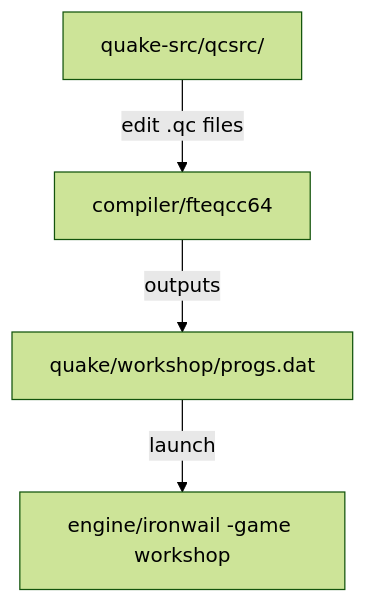
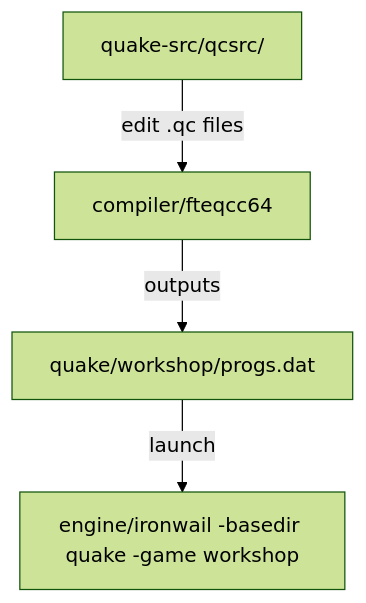
One commit to etna-alternance/workshop-vrg changed the diagram in guides/gameplay/README.md. Above: the diagram before and after it, drawn with Mermaid (forest theme). The commit also changed other lines of this file and 6 other files, not shown here.

Commit message:
fix: add -basedir quake to all Ironwail launch commands

````diff
--- a/guides/gameplay/README.md
+++ b/guides/gameplay/README.md
@@ -9,6 +9,6 @@
 ```mermaid
 flowchart TD
     A["quake-src/qcsrc/"] -->|edit .qc files| B["compiler/fteqcc64"]
     B -->|outputs| C["quake/workshop/progs.dat"]
-    C -->|launch| D["engine/ironwail -game workshop"]
+    C -->|launch| D["engine/ironwail -basedir quake -game workshop"]
 ```
````
